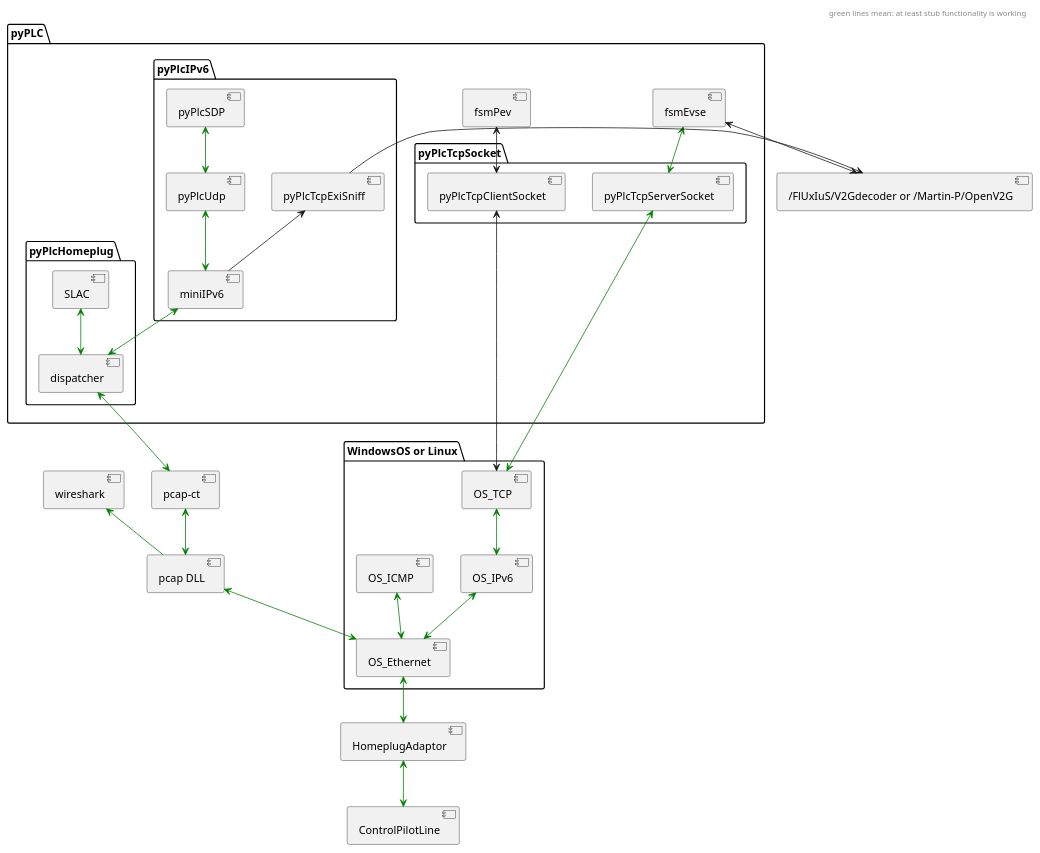
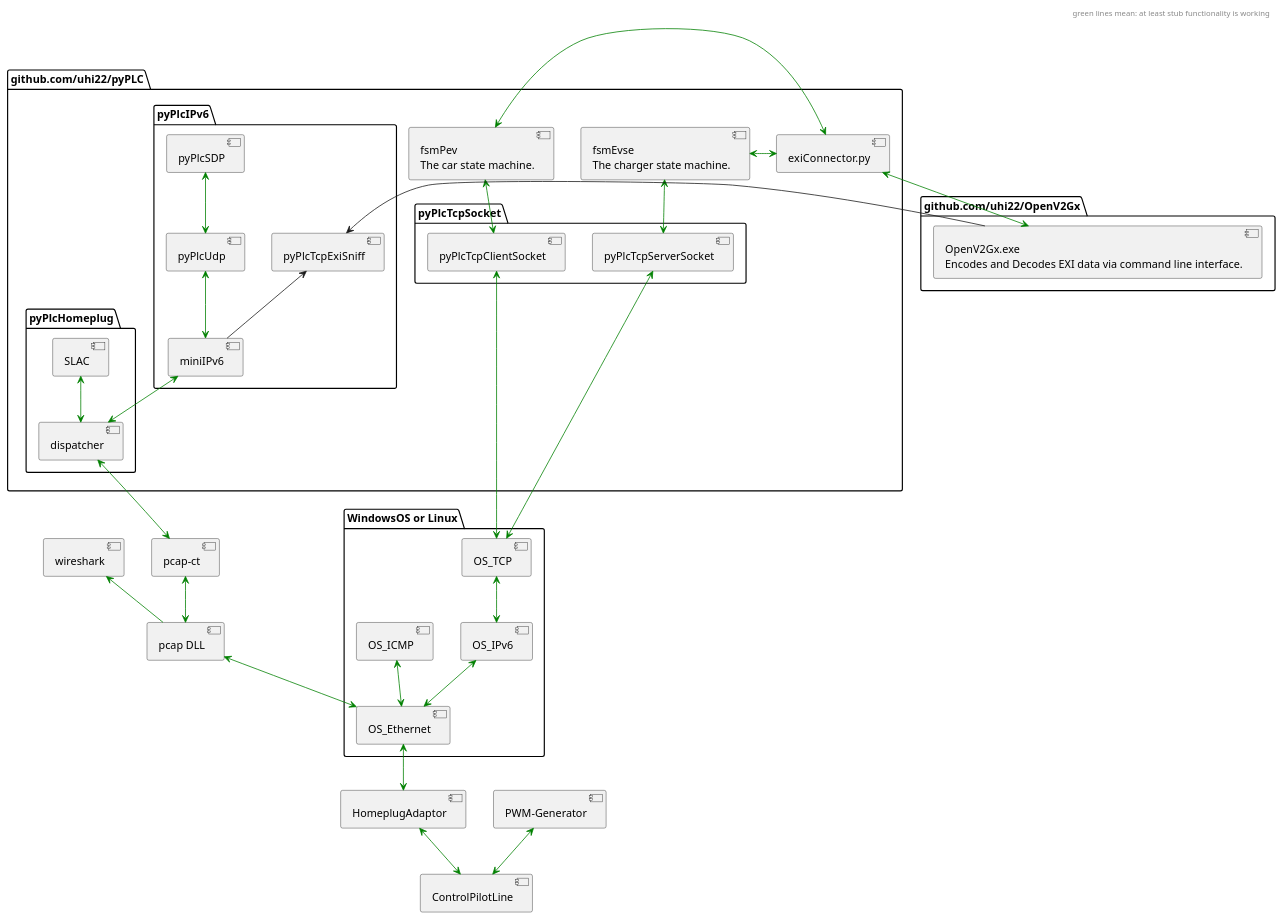
The diagram in doc/pyPlc_architecture.puml (uhi22/pyPLC), drawn with PlantUML before and after one commit. The commit also changed 1 other file, not shown here.

Commit message:
architecture adapted

```diff
--- a/doc/pyPlc_architecture.puml
+++ b/doc/pyPlc_architecture.puml
@@ -1,64 +1,71 @@
 @startuml
 
 header
 green lines mean: at least stub functionality is working
 endheader
 
-package "pyPLC" {
+package "github.com/uhi22/pyPLC" {
 	package "pyPlcIPv6" {
 		[miniIPv6]
 		[pyPlcUdp]
 		[pyPlcSDP]
 		[pyPlcTcpExiSniff]
 	}
 
 	package "pyPlcHomeplug" {
 		[dispatcher]
 		[SLAC]
 	}
 	
-	[fsmEvse]
-	[fsmPev]
+	[fsmEvse \nThe charger state machine.] as fsmEvse
+	[fsmPev \nThe car state machine.] as fsmPev
+	[exiConnector.py] as exiConnector
 
 	package "pyPlcTcpSocket" {
 		[pyPlcTcpServerSocket]
 		[pyPlcTcpClientSocket]
 	}
 	
 }
 
 [ControlPilotLine]
 [HomeplugAdaptor]
 [pcap DLL] as pcap
 [wireshark]
-[/FlUxIuS/V2Gdecoder or /Martin-P/OpenV2G] as dec
+
+package "github.com/uhi22/OpenV2Gx" {
+	[OpenV2Gx.exe \nEncodes and Decodes EXI data via command line interface.] as dec
+}
 
 package "WindowsOS or Linux" {
   [OS_Ethernet]
   [OS_IPv6]
   [OS_TCP]
   [OS_ICMP]
 }
 
 [ControlPilotLine] <-[#green]up-> [HomeplugAdaptor]
+[ControlPilotLine] <-[#green]up-> [PWM-Generator]
 [HomeplugAdaptor] <-[#green]up-> [OS_Ethernet]
 [OS_Ethernet] <-[#green]up-> [pcap]
 [OS_Ethernet] <-[#green]up-> [OS_IPv6]
 [OS_Ethernet] <-[#green]up-> [OS_ICMP]
 [OS_IPv6] <-[#green]up-> [OS_TCP]
 
 [pcap] <-[#green]up-> [pcap-ct]
 [pcap] -[#green]up-> [wireshark]
 [pcap-ct] <-[#green]up-> [dispatcher]
 [dispatcher] <-[#green]up-> [SLAC]
 [dispatcher] <-[#green]up-> [miniIPv6]
 [miniIPv6] <-[#green]up-> [pyPlcUdp]
 [miniIPv6] -up-> [pyPlcTcpExiSniff]
 [pyPlcUdp] <-[#green]up-> [pyPlcSDP]
 [OS_TCP] <-[#green]up-> [pyPlcTcpServerSocket]
-[OS_TCP] <-up-> [pyPlcTcpClientSocket]
+[OS_TCP] <-[#green]up-> [pyPlcTcpClientSocket]
 [pyPlcTcpServerSocket] <-[#green]up-> [fsmEvse]
-[pyPlcTcpClientSocket] <-up-> [fsmPev]
-[fsmEvse] <-r-> [dec]
-[pyPlcTcpExiSniff] -r-> [dec]
+[pyPlcTcpClientSocket] <-[#green]up-> [fsmPev]
+[fsmEvse] <-[#green]r-> [exiConnector]
+[fsmPev] <-[#green]r-> [exiConnector]
+[dec] <-[#green]up-> [exiConnector]
+[dec] -l-> [pyPlcTcpExiSniff] 
 @enduml
```
